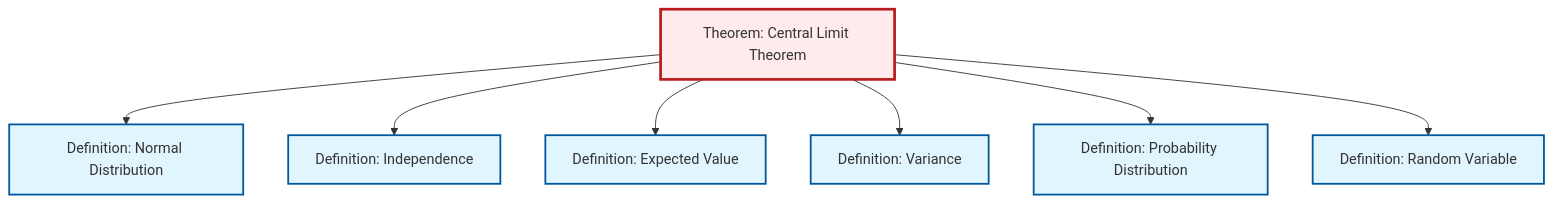
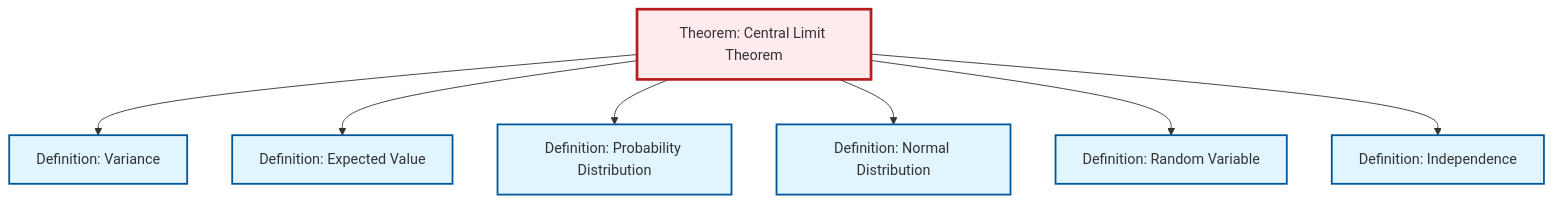
One commit to RK0429/ModernMath changed the second of 2 diagrams in content/en/probability-statistics/thm-central-limit.qmd. Above: the diagram before and after it, drawn with Mermaid. The commit also changed other lines of this file and 1069 other files, not shown here.

````diff
--- a/content/en/probability-statistics/thm-central-limit.qmd
+++ b/content/en/probability-statistics/thm-central-limit.qmd
@@ -111,29 +111,29 @@
 ```{mermaid}
 %%| fig-cap: "Local dependency graph"
 graph TD
     classDef definition fill:#e1f5fe,stroke:#01579b,stroke-width:2px
     classDef theorem fill:#f3e5f5,stroke:#4a148c,stroke-width:2px
     classDef axiom fill:#fff3e0,stroke:#e65100,stroke-width:2px
     classDef example fill:#e8f5e9,stroke:#1b5e20,stroke-width:2px
     classDef current fill:#ffebee,stroke:#b71c1c,stroke-width:3px
     def-expectation["Definition: Expected Value"]:::definition
+    thm-central-limit["Theorem: Central Limit Theorem"]:::theorem
+    def-random-variable["Definition: Random Variable"]:::definition
+    def-variance["Definition: Variance"]:::definition
+    def-independence["Definition: Independence"]:::definition
+    def-probability-distribution["Definition: Probability Distribution"]:::definition
     def-normal-distribution["Definition: Normal Distribution"]:::definition
-    def-probability-distribution["Definition: Probability Distribution"]:::definition
-    def-variance["Definition: Variance"]:::definition
-    def-random-variable["Definition: Random Variable"]:::definition
-    thm-central-limit["Theorem: Central Limit Theorem"]:::theorem
-    def-independence["Definition: Independence"]:::definition
+    thm-central-limit --> def-variance
+    thm-central-limit --> def-expectation
+    thm-central-limit --> def-probability-distribution
     thm-central-limit --> def-normal-distribution
+    thm-central-limit --> def-random-variable
     thm-central-limit --> def-independence
-    thm-central-limit --> def-expectation
-    thm-central-limit --> def-variance
-    thm-central-limit --> def-probability-distribution
-    thm-central-limit --> def-random-variable
     class thm-central-limit current
     click def-expectation "def-expectation.html" "Go to Expected Value definition"
+    click def-random-variable "def-random-variable.html" "Go to Random Variable definition"
+    click def-variance "def-variance.html" "Go to Variance definition"
+    click def-independence "def-independence.html" "Go to Independence definition"
+    click def-probability-distribution "def-probability-distribution.html" "Go to Probability Distribution definition"
     click def-normal-distribution "def-normal-distribution.html" "Go to Normal Distribution definition"
-    click def-probability-distribution "def-probability-distribution.html" "Go to Probability Distribution definition"
-    click def-variance "def-variance.html" "Go to Variance definition"
-    click def-random-variable "def-random-variable.html" "Go to Random Variable definition"
-    click def-independence "def-independence.html" "Go to Independence definition"
 ```
````
